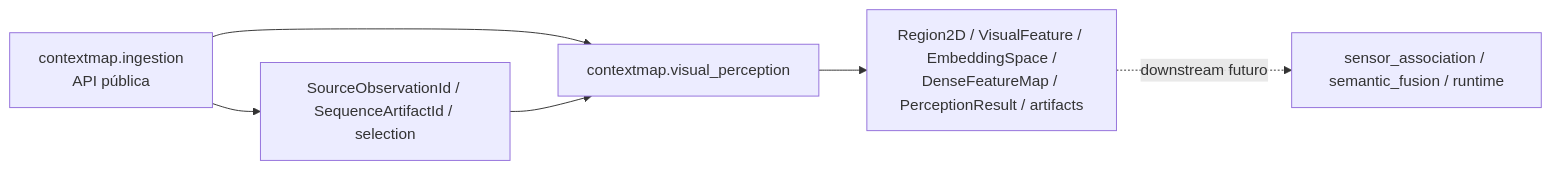
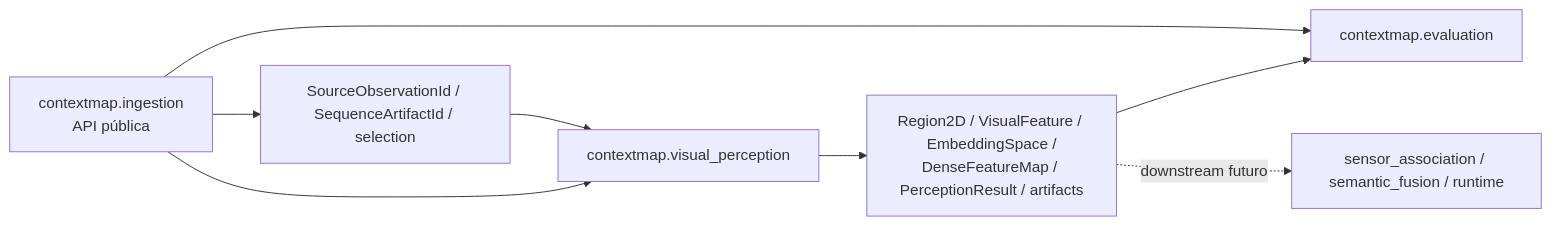
One commit to Alexandre-Tortoza/contextmap2 changed the diagram in docs/module-api.md. Above: the diagram before and after it, drawn with Mermaid. The commit also changed other lines of this file, not shown here.

Commit message:
docs(feature-extraction): include evaluation public dependencies

````diff
--- a/docs/module-api.md
+++ b/docs/module-api.md
@@ -36,8 +36,10 @@
 ```mermaid
 flowchart LR
     INGROOT["contextmap.ingestion<br/>API pública"] --> VP["contextmap.visual_perception"]
     INGROOT --> OBS["SourceObservationId / SequenceArtifactId / selection"]
     OBS --> VP
     VP --> PUB["Region2D / VisualFeature / EmbeddingSpace /<br/>DenseFeatureMap / PerceptionResult / artifacts"]
+    PUB --> EV["contextmap.evaluation"]
+    INGROOT --> EV
     PUB -. downstream futuro .-> NEXT["sensor_association / semantic_fusion / runtime"]
 ```
````
